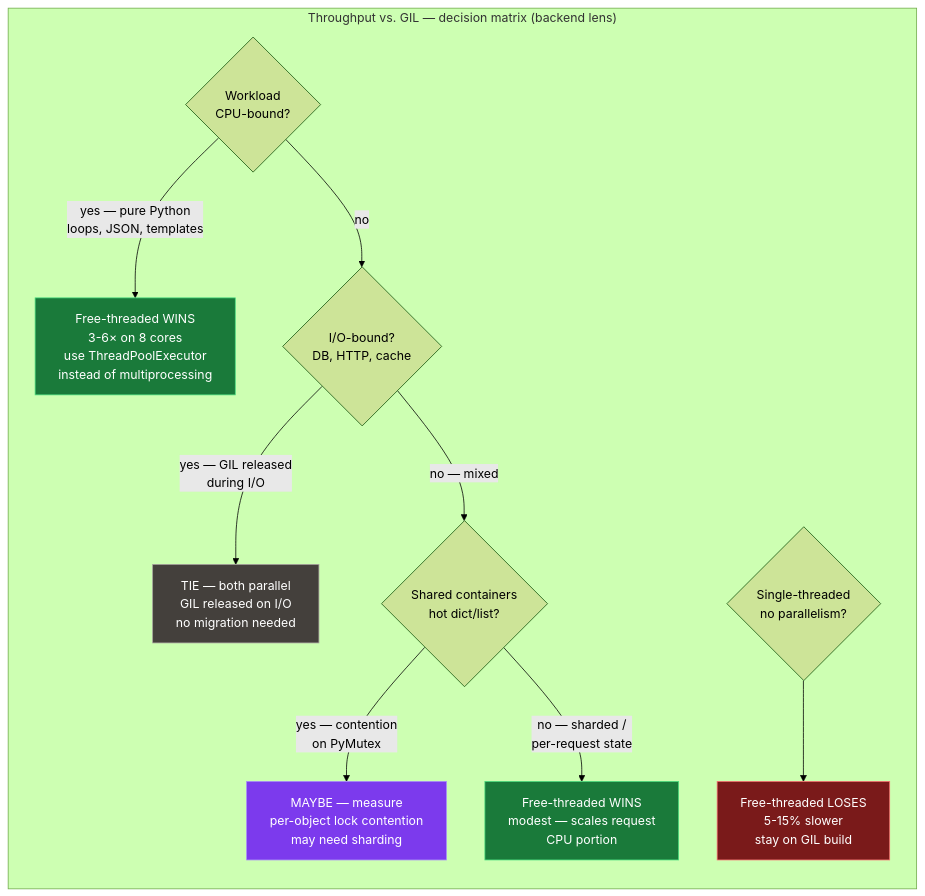
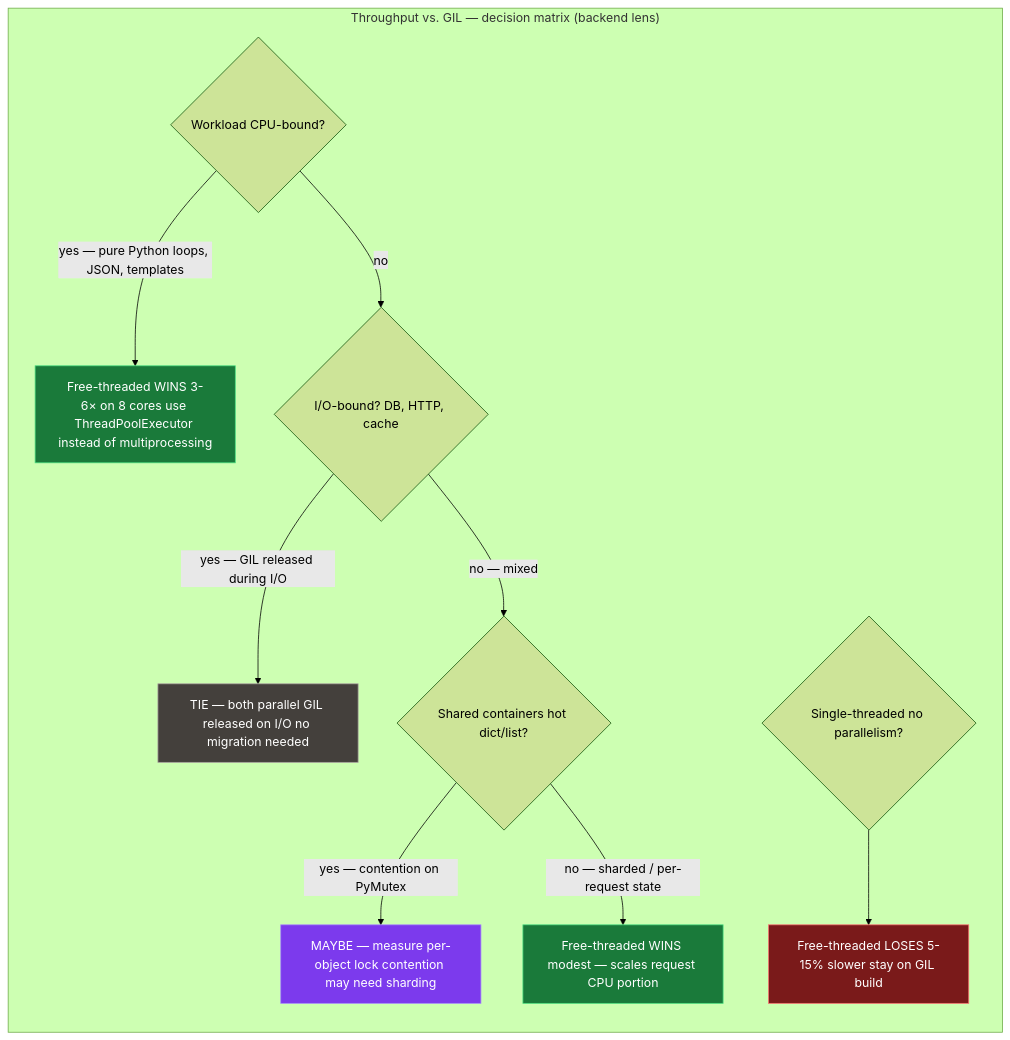
Before and after one commit to bumbsclaw/textbooks: the sixth of 8 diagrams in vol-16-python-cpython-internals/ch05-gil.md, drawn with Mermaid (forest theme). The commit also changed other lines of this file and 9 other files, not shown here.

First line of the commit message:
fix(pdf, mermaid): syntax-highlighted code blocks + diagram label fixes

````diff
--- a/vol-16-python-cpython-internals/ch05-gil.md
+++ b/vol-16-python-cpython-internals/ch05-gil.md
@@ -914,21 +903,21 @@
 ```mermaid
 flowchart TB
     subgraph MATRIX["Throughput vs. GIL — decision matrix (backend lens)"]
         direction TB
-        Q1{"Workload<br/>CPU-bound?"}
-        Q1 -->|yes — pure Python<br/>loops, JSON, templates| WIN["Free-threaded WINS<br/>3-6× on 8 cores<br/>use ThreadPoolExecutor<br/>instead of multiprocessing"]
-        Q1 -->|no| Q2{"I/O-bound?<br/>DB, HTTP, cache"}
-        Q2 -->|yes — GIL released<br/>during I/O| TIE["TIE — both parallel<br/>GIL released on I/O<br/>no migration needed"]
-        Q2 -->|no — mixed| Q3{"Shared containers<br/>hot dict/list?"}
-        Q3 -->|yes — contention<br/>on PyMutex| MAYBE["MAYBE — measure<br/>per-object lock contention<br/>may need sharding"]
-        Q3 -->|no — sharded /<br/>per-request state| WIN2["Free-threaded WINS<br/>modest — scales request<br/>CPU portion"]
-        SINGLE{"Single-threaded<br/>no parallelism?"}
-        SINGLE --> LOSE["Free-threaded LOSES<br/>5-15% slower<br/>stay on GIL build"]
+        Q1{"Workload CPU-bound?"}
+        Q1 -->|yes — pure Python loops, JSON, templates| WIN["Free-threaded WINS 3-6× on 8 cores use ThreadPoolExecutor instead of multiprocessing"]
+        Q1 -->|no| Q2{"I/O-bound? DB, HTTP, cache"}
+        Q2 -->|yes — GIL released during I/O| TIE["TIE — both parallel GIL released on I/O no migration needed"]
+        Q2 -->|no — mixed| Q3{"Shared containers hot dict/list?"}
+        Q3 -->|yes — contention on PyMutex| MAYBE["MAYBE — measure per-object lock contention may need sharding"]
+        Q3 -->|no — sharded / per-request state| WIN2["Free-threaded WINS modest — scales request CPU portion"]
+        SINGLE{"Single-threaded no parallelism?"}
+        SINGLE --> LOSE["Free-threaded LOSES 5-15% slower stay on GIL build"]
     end
 
     style WIN fill:#1a7a3a,stroke:#4ade80,color:#fff
     style WIN2 fill:#1a7a3a,stroke:#4ade80,color:#fff
     style TIE fill:#44403c,stroke:#a8a29e,color:#fff
     style MAYBE fill:#7c3aed,stroke:#a78bfa,color:#fff
     style LOSE fill:#7a1a1a,stroke:#f87171,color:#fff
 ```
````
